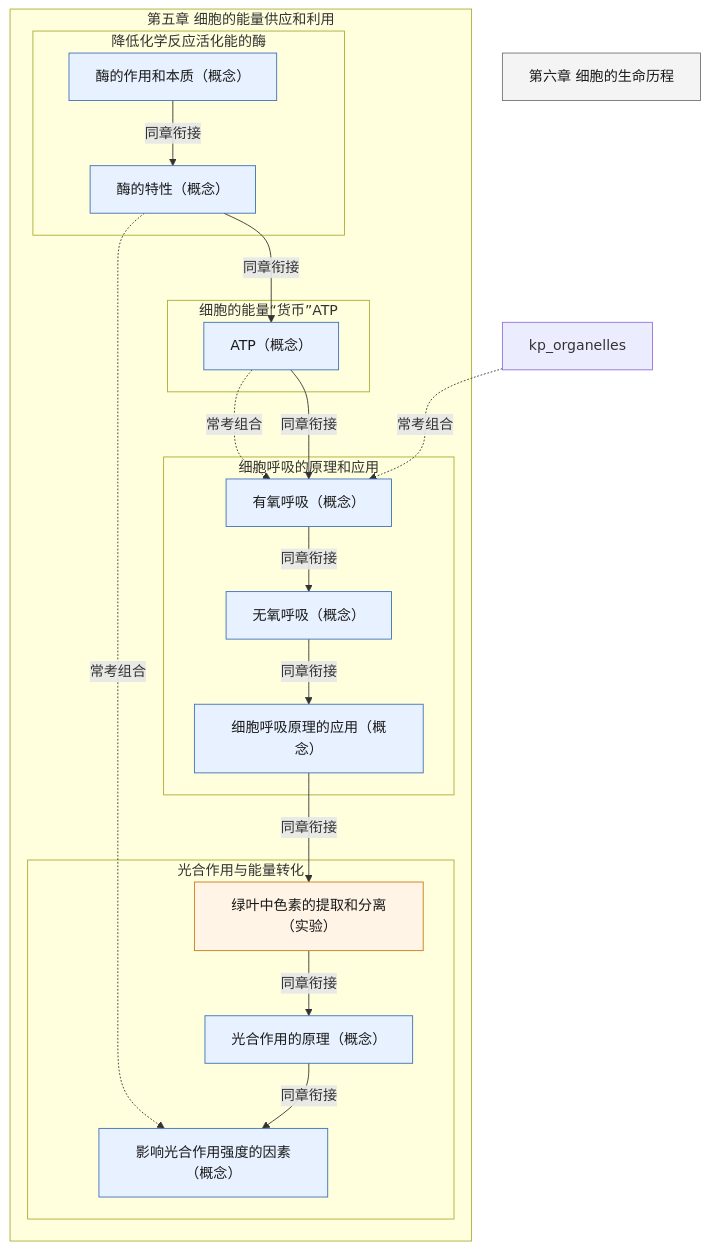
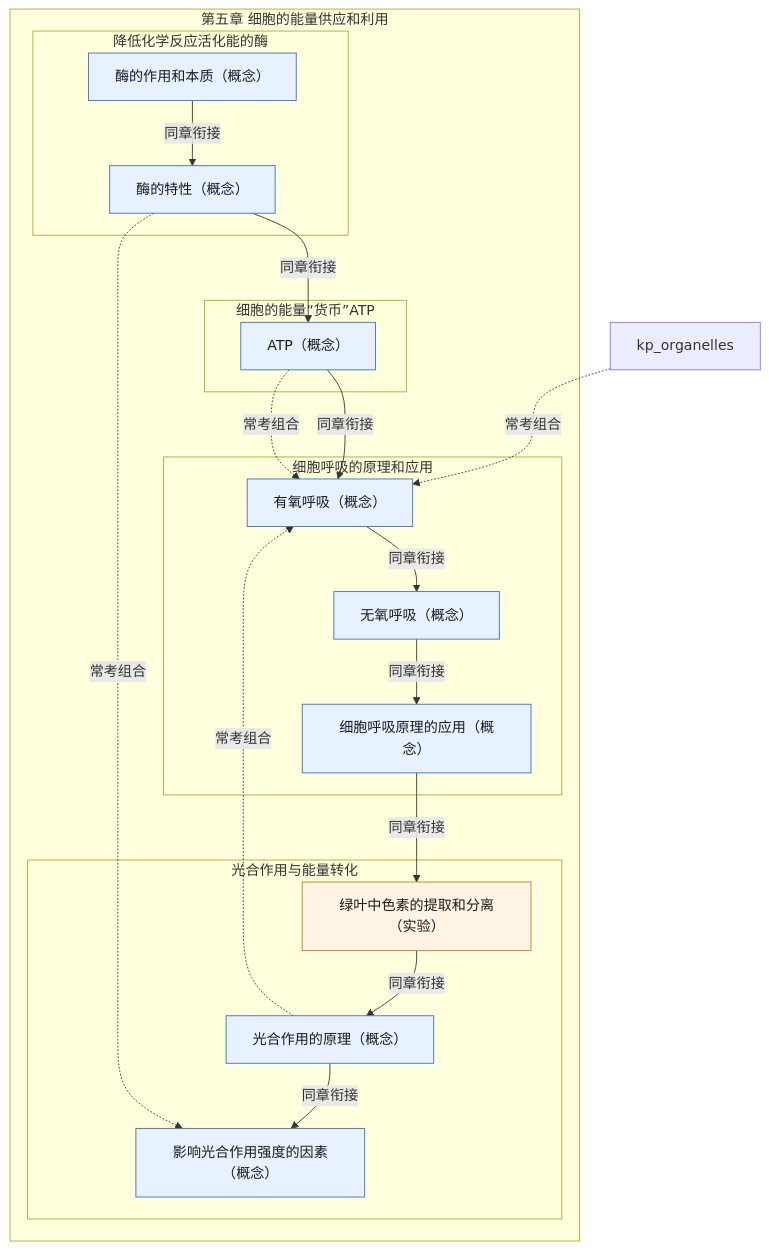
The diagram in skills/high-school-ai-tutor/references/pep-bio-bx1-ch5.md (lihenair/high-school-ai-tutor-skill), drawn with Mermaid before and after one commit. The commit also changed 26 other files, not shown here.

First line of the commit message:
feat(bio): 跨教材知识联系图谱——占位符清退 + 53 条组合边 + 联系图谱文档

````diff
--- a/skills/high-school-ai-tutor/references/pep-bio-bx1-ch5.md
+++ b/skills/high-school-ai-tutor/references/pep-bio-bx1-ch5.md
@@ -5,38 +5,38 @@
 ```mermaid
 flowchart TD
   classDef concept fill:#E8F1FF,stroke:#3B6FB6,color:#1A1A1A
   classDef skill fill:#E7F6EE,stroke:#2E7D4F,color:#1A1A1A
   classDef experiment fill:#FFF4E5,stroke:#C47B17,color:#1A1A1A
   classDef later fill:#F4F4F5,stroke:#71717A,color:#1A1A1A
   subgraph ch["第五章 细胞的能量供应和利用"]
     subgraph s1["降低化学反应活化能的酶"]
       kp_enzyme_role["酶的作用和本质（概念）"]:::concept
       kp_enzyme_properties["酶的特性（概念）"]:::concept
     end
     subgraph s2["细胞的能量“货币”ATP"]
       kp_atp["ATP（概念）"]:::concept
     end
     subgraph s3["细胞呼吸的原理和应用"]
       kp_aerobic_respiration["有氧呼吸（概念）"]:::concept
       kp_anaerobic_respiration["无氧呼吸（概念）"]:::concept
       kp_respiration_application["细胞呼吸原理的应用（概念）"]:::concept
     end
     subgraph s4["光合作用与能量转化"]
       kp_pigment_separation["绿叶中色素的提取和分离（实验）"]:::experiment
       kp_photosynthesis_principle["光合作用的原理（概念）"]:::concept
       kp_photosynthesis_factors["影响光合作用强度的因素（概念）"]:::concept
     end
   end
-  bx1_ch6["第六章 细胞的生命历程"]:::later
   kp_enzyme_role -->|同章衔接| kp_enzyme_properties
   kp_enzyme_properties -->|同章衔接| kp_atp
   kp_atp -->|同章衔接| kp_aerobic_respiration
   kp_aerobic_respiration -->|同章衔接| kp_anaerobic_respiration
   kp_anaerobic_respiration -->|同章衔接| kp_respiration_application
   kp_respiration_application -->|同章衔接| kp_pigment_separation
   kp_pigment_separation -->|同章衔接| kp_photosynthesis_principle
   kp_photosynthesis_principle -->|同章衔接| kp_photosynthesis_factors
   kp_atp -.->|常考组合| kp_aerobic_respiration
   kp_organelles -.->|常考组合| kp_aerobic_respiration
   kp_enzyme_properties -.->|常考组合| kp_photosynthesis_factors
+  kp_photosynthesis_principle -.->|常考组合| kp_aerobic_respiration
 ```
````
